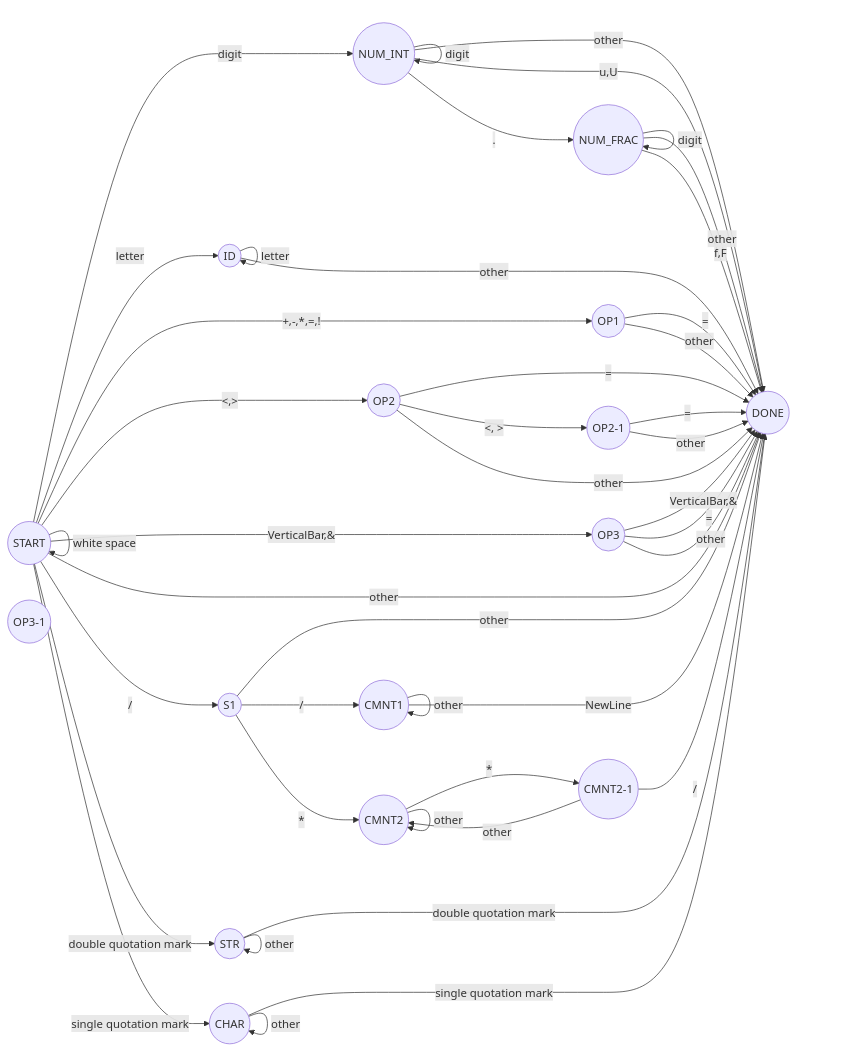
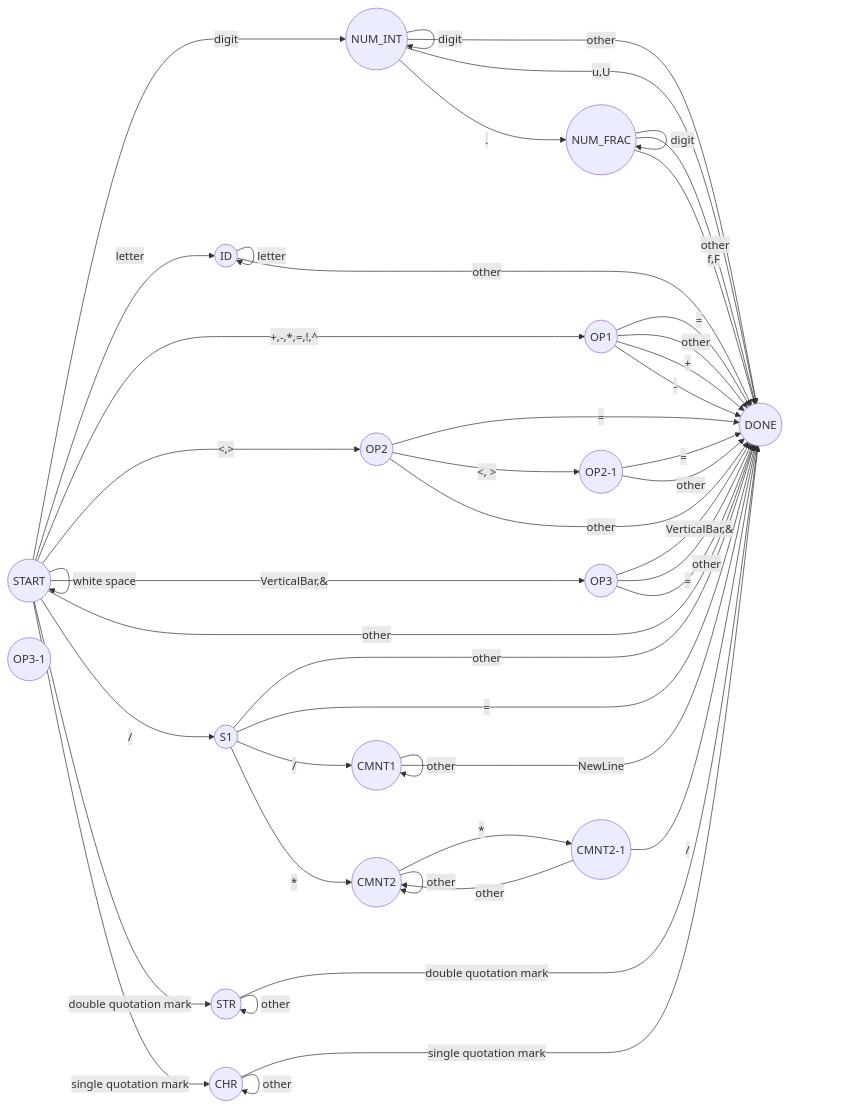
Before and after one commit to trip2eee/compiler: diagram 16 of 16 in doc/2_scanning.md, drawn with Mermaid. The commit also changed other lines of this file and 6 other files, not shown here.

````diff
--- a/doc/2_scanning.md
+++ b/doc/2_scanning.md
@@ -226,78 +231,81 @@
 ```mermaid
 graph LR
   START(( START ))
   DONE(( DONE ))
   NUM_INT(( NUM_INT ))
   NUM_FRAC(( NUM_FRAC ))
   ID(( ID ))
   S1(( S1 ))
   OP1(( OP1 ))
   OP2(( OP2 ))
   OP2-1(( OP2-1 ))
   OP3(( OP3 ))
   OP3-1(( OP3-1 ))
 
   C1(( CMNT1 ))
   C2(( CMNT2 ))
   C2-1(( CMNT2-1 ))
 
   STR(( STR ))
-  CHAR(( CHAR ))
+  CHR(( CHR ))
 
   START -- digit --> NUM_INT
   START -- white space --> START
   NUM_INT -- digit --> NUM_INT
   NUM_INT -- other --> DONE
   NUM_INT -- u,U --> DONE
   NUM_INT -- . --> NUM_FRAC
 
   NUM_FRAC -- digit --> NUM_FRAC
   NUM_FRAC -- other --> DONE
   NUM_FRAC -- f,F --> DONE
   
   START -- letter --> ID
   ID -- digit --> ID
   ID -- letter --> ID
   ID -- other --> DONE
 
-  START -- +,-,*,=,! --> OP1
+  START -- +,-,*,=,!,^ --> OP1
   OP1 -- = --> DONE
   OP1 -- other --> DONE
+  OP1 -- + --> DONE
+  OP1 -- - --> DONE
 
   START -- <,> --> OP2
   OP2 -- = --> DONE
   OP2 -- <, > --> OP2-1
   OP2 -- other --> DONE
   OP2-1 -- = --> DONE
   OP2-1 -- other --> DONE
   
   START -- VerticalBar,&--> OP3
   OP3 -- VerticalBar,&--> DONE
   OP3 -- = --> DONE
   OP3 -- other --> DONE
 
 
   START -- other --> DONE
 
   START -- / --> S1
   S1 -- other --> DONE
+  S1 -- = --> DONE
 
   S1 -- / --> C1
   C1 -- other --> C1
   C1 -- NewLine --> DONE
 
   S1 -- * --> C2
   C2 -- * --> C2-1
   C2 -- other --> C2
   C2-1 -- / --> DONE
   C2-1 -- other --> C2
 
   START -- double quotation mark --> STR
   STR -- double quotation mark --> DONE
   STR -- other --> STR
 
-  START -- single quotation mark --> CHAR
-  CHAR -- single quotation mark --> DONE
-  CHAR -- other --> CHAR
+  START -- single quotation mark --> CHR
+  CHR -- single quotation mark --> DONE
+  CHR -- other --> CHR
 
 ```
````
